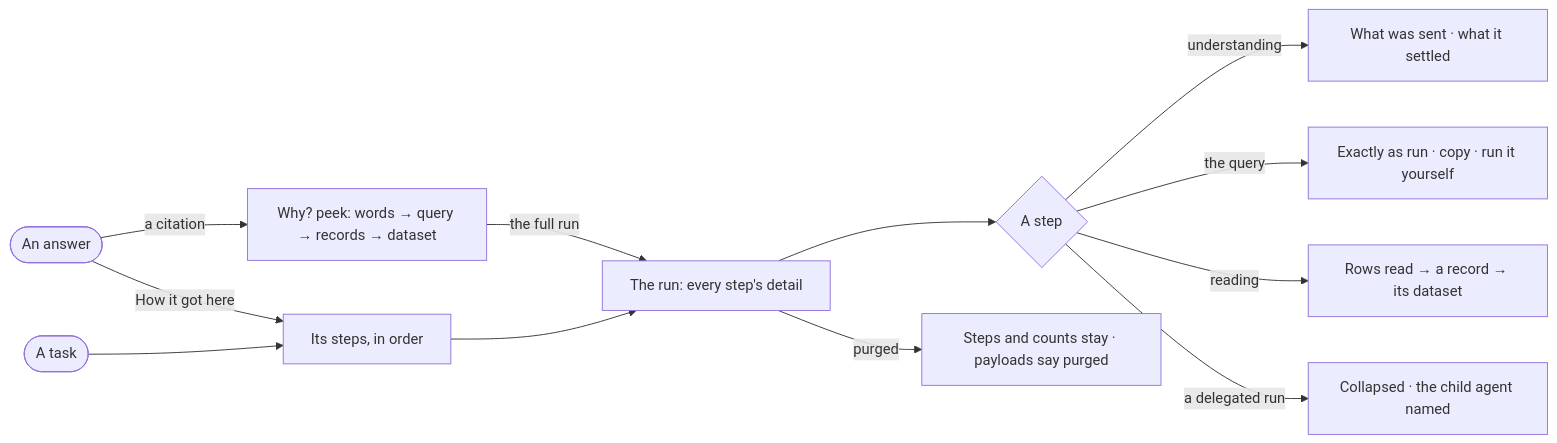
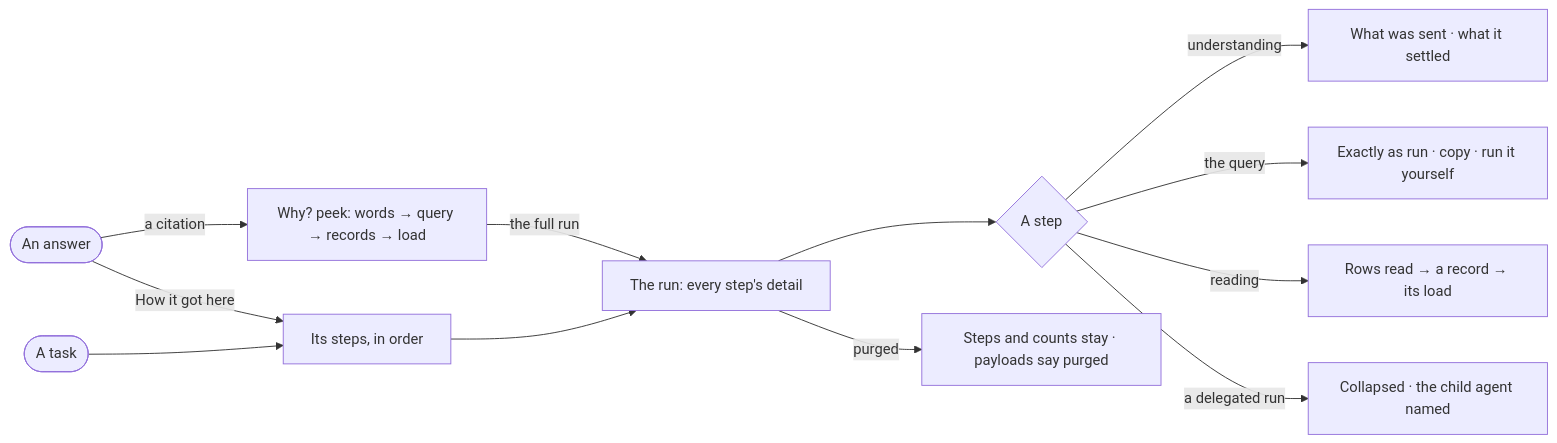
Before and after one commit to invana/invana: the diagram in specs/capabilities/explore/features/EX-F04-the-answer/stories/EX-04-see-how-the-answer-got-here/story.md, drawn with Mermaid. The commit also changed other lines of this file and 637 other files, not shown here.

````diff
--- a/specs/capabilities/explore/features/EX-F04-the-answer/stories/EX-04-see-how-the-answer-got-here/story.md
+++ b/specs/capabilities/explore/features/EX-F04-the-answer/stories/EX-04-see-how-the-answer-got-here/story.md
@@ -26,14 +26,14 @@
 ```mermaid
 flowchart LR
-  a([An answer]) -->|a citation| w["Why? peek: words → query → records → dataset"]
+  a([An answer]) -->|a citation| w["Why? peek: words → query → records → load"]
   a -->|How it got here| h["Its steps, in order"]
   w -->|the full run| run["The run: every step's detail"]
   h --> run
   run --> st{A step}
   st -->|understanding| u["What was sent · what it settled"]
   st -->|the query| q["Exactly as run · copy · run it yourself"]
-  st -->|reading| rows["Rows read → a record → its dataset"]
+  st -->|reading| rows["Rows read → a record → its load"]
   st -->|a delegated run| child["Collapsed · the child agent named"]
   run -->|purged| pg["Steps and counts stay · payloads say purged"]
   t([A task]) --> h
 ```
````
